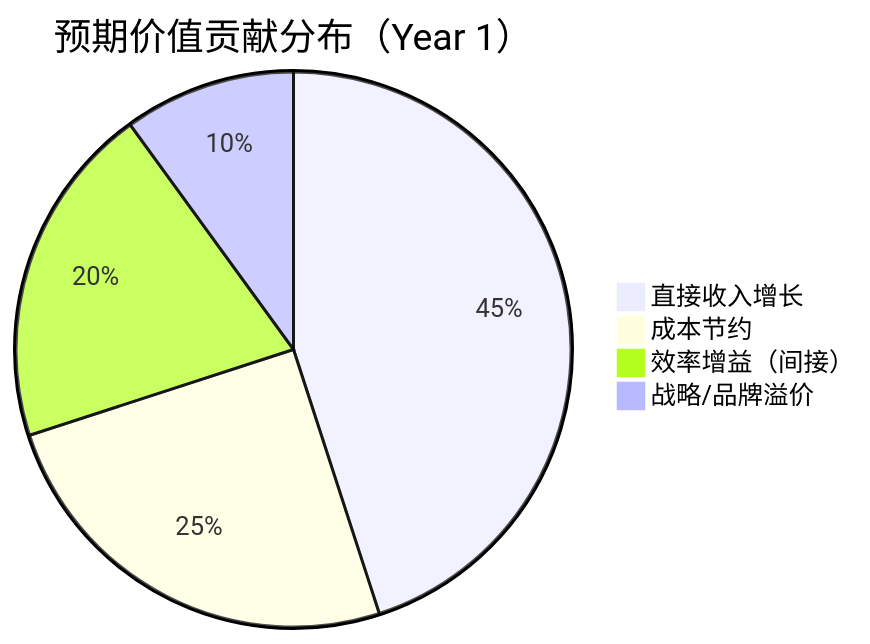
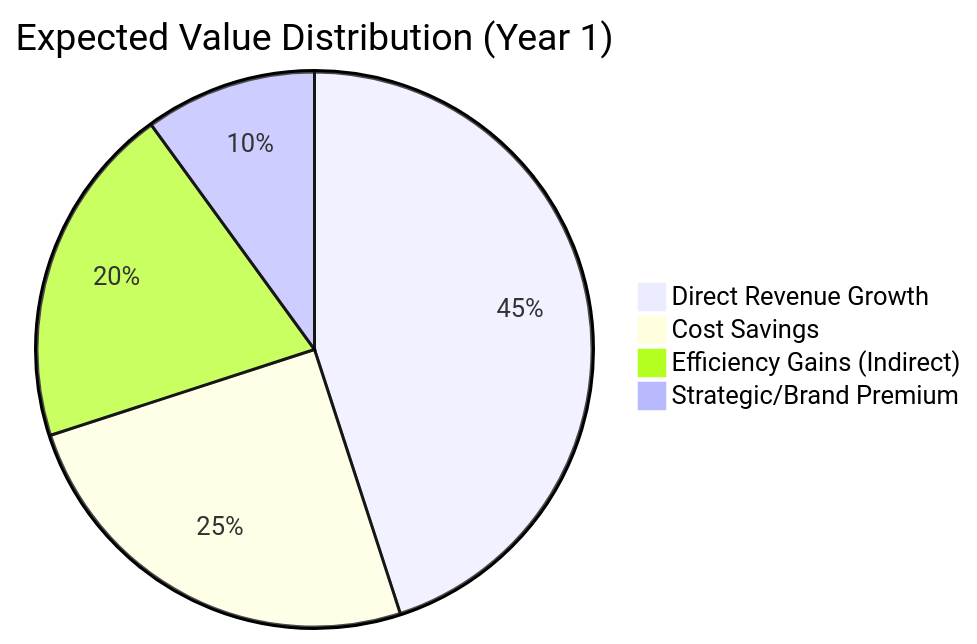
One commit to Kirky-X/cangjie changed the second of 9 diagrams in templates/产品/战略层/【模板】商业需求文档.md. Above: the diagram before and after it, drawn with Mermaid. The commit also changed other lines of this file and 46 other files, not shown here.

````diff
--- a/templates/产品/战略层/【模板】商业需求文档.md
+++ b/templates/产品/战略层/【模板】商业需求文档.md
@@ -142,7 +142,7 @@
 ```mermaid
-pie title 预期价值贡献分布（Year 1）
-    "直接收入增长" : 45
-    "成本节约" : 25
-    "效率增益（间接）" : 20
-    "战略/品牌溢价" : 10
+pie title Expected Value Distribution (Year 1)
+    "Direct Revenue Growth" : 45
+    "Cost Savings" : 25
+    "Efficiency Gains (Indirect)" : 20
+    "Strategic/Brand Premium" : 10
 ```
````
